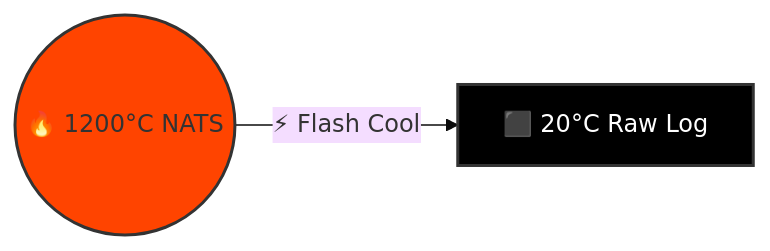
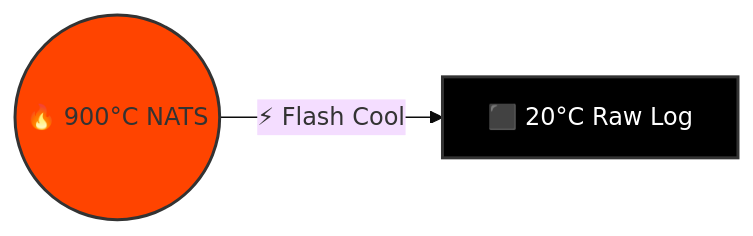
The first of 4 diagrams in brain/design_obsidian_thermodynamics.md (TTaoGaming/hfo_2025_11), drawn with Mermaid (base theme) before and after one commit. The commit also changed other lines of this file, not shown here.

````diff
--- a/brain/design_obsidian_thermodynamics.md
+++ b/brain/design_obsidian_thermodynamics.md
@@ -31,6 +31,6 @@
 ```mermaid
 graph LR
-    A((🔥 1200°C NATS)) -->|⚡ Flash Cool| B[⬛ 20°C Raw Log]
+    A((🔥 900°C NATS)) -->|⚡ Flash Cool| B[⬛ 20°C Raw Log]
     style A fill:#ff4400,stroke:#333,stroke-width:2px
     style B fill:#000000,stroke:#333,stroke-width:2px,color:#fff
 ```
````
